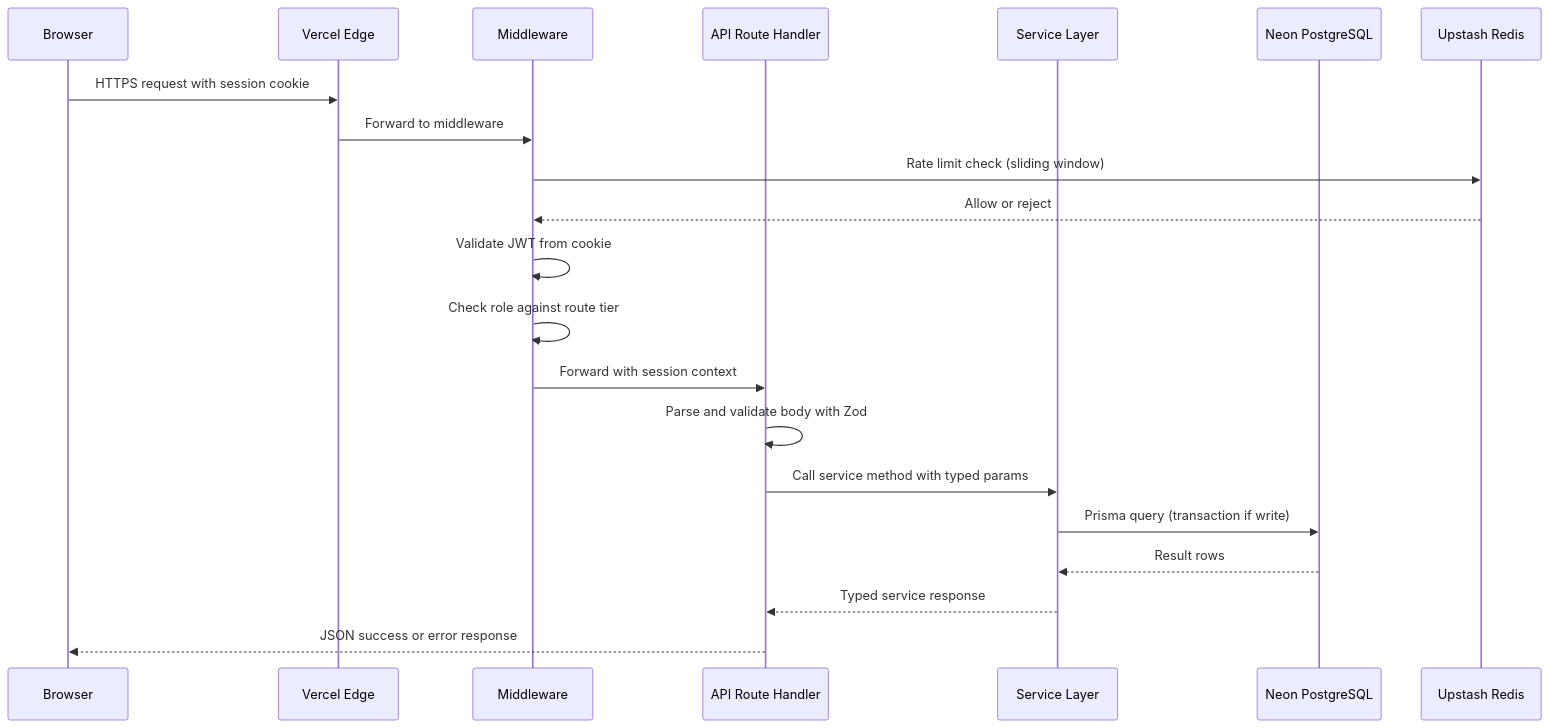
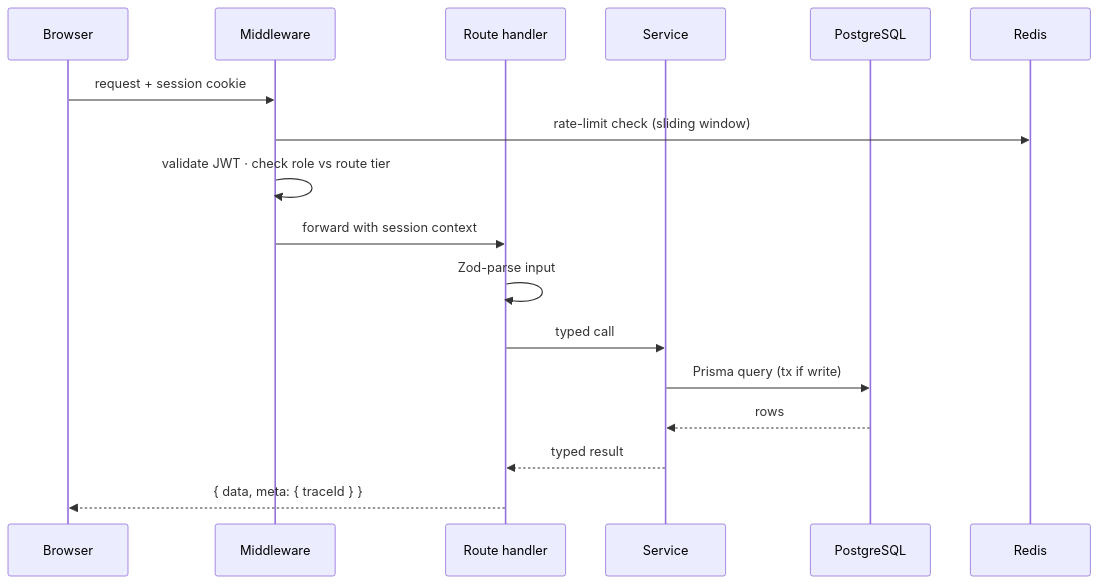
The second of 3 diagrams in docs/architecture/02-container-architecture.md (KSDRILL-SA/Xkimi-Xa-Mali), drawn with Mermaid before and after one commit. The commit also changed other lines of this file and 3 other files, not shown here.

First line of the commit message:
docs: tighten C4 architecture and refresh for phase-3 (#188)

````diff
--- a/docs/architecture/02-container-architecture.md
+++ b/docs/architecture/02-container-architecture.md
@@ -97,24 +51,20 @@
 ```mermaid
 sequenceDiagram
     participant B as Browser
-    participant E as Vercel Edge
     participant MW as Middleware
-    participant API as API Route Handler
-    participant SVC as Service Layer
-    participant DB as Neon PostgreSQL
-    participant RD as Upstash Redis
+    participant API as Route handler
+    participant SVC as Service
+    participant DB as PostgreSQL
+    participant RD as Redis
 
-    B->>E: HTTPS request with session cookie
-    E->>MW: Forward to middleware
-    MW->>RD: Rate limit check (sliding window)
-    RD-->>MW: Allow or reject
-    MW->>MW: Validate JWT from cookie
-    MW->>MW: Check role against route tier
-    MW->>API: Forward with session context
-    API->>API: Parse and validate body with Zod
-    API->>SVC: Call service method with typed params
-    SVC->>DB: Prisma query (transaction if write)
-    DB-->>SVC: Result rows
-    SVC-->>API: Typed service response
-    API-->>B: JSON success or error response
+    B->>MW: request + session cookie
+    MW->>RD: rate-limit check (sliding window)
+    MW->>MW: validate JWT · check role vs route tier
+    MW->>API: forward with session context
+    API->>API: Zod-parse input
+    API->>SVC: typed call
+    SVC->>DB: Prisma query (tx if write)
+    DB-->>SVC: rows
+    SVC-->>API: typed result
+    API-->>B: { data, meta: { traceId } }
 ```
````
